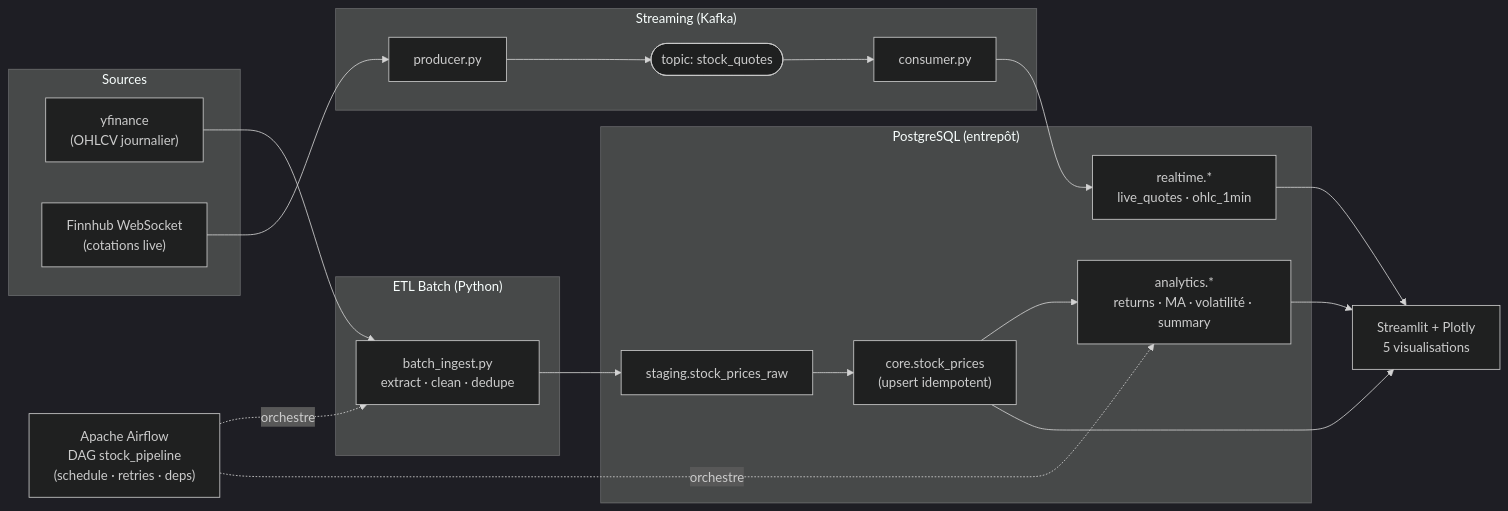
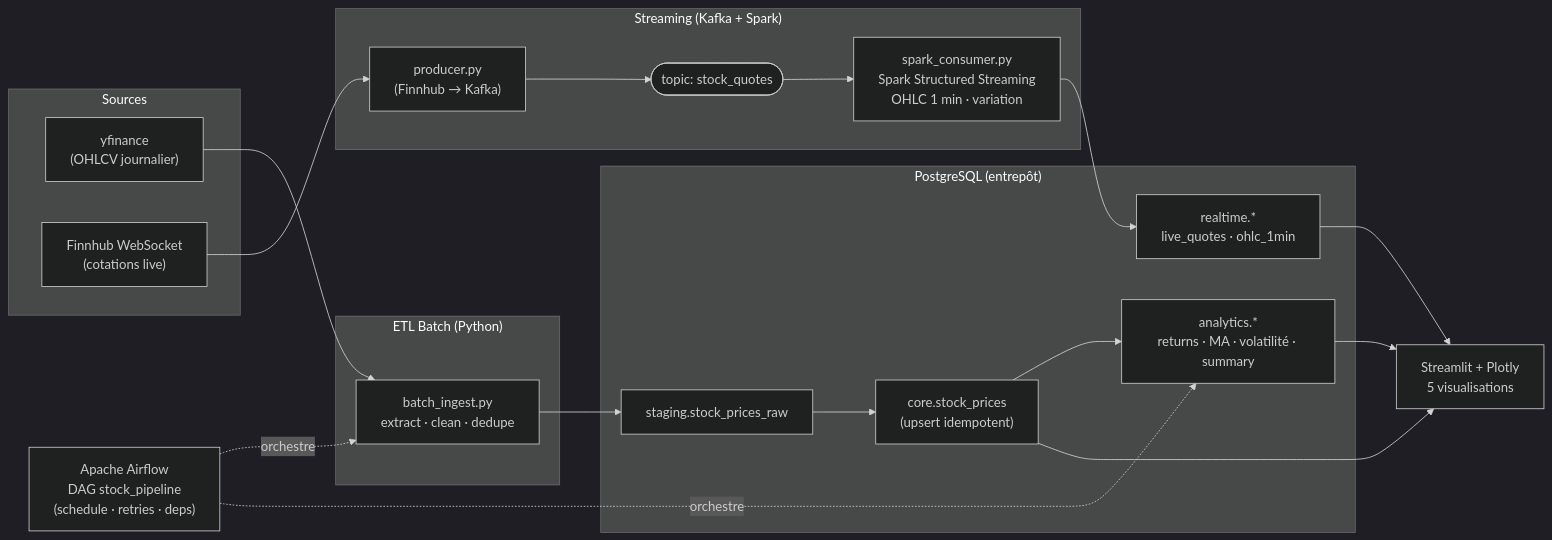
The second of 2 diagrams in architecture.md (Chems08/etl-project), drawn with Mermaid (dark theme) before and after one commit. The commit also changed other lines of this file and 15 other files, not shown here.

````diff
--- a/architecture.md
+++ b/architecture.md
@@ -20,35 +20,35 @@
 ```mermaid
 flowchart LR
     subgraph SRC["Sources"]
         Y["yfinance<br/>(OHLCV journalier)"]
         F["Finnhub WebSocket<br/>(cotations live)"]
     end
 
     subgraph BATCH["ETL Batch (Python)"]
         E["batch_ingest.py<br/>extract · clean · dedupe"]
     end
 
     subgraph PG["PostgreSQL (entrepôt)"]
         ST["staging.stock_prices_raw"]
         CO["core.stock_prices<br/>(upsert idempotent)"]
         AN["analytics.*<br/>returns · MA · volatilité · summary"]
         RT["realtime.*<br/>live_quotes · ohlc_1min"]
     end
 
-    subgraph STREAM["Streaming (Kafka)"]
-        P["producer.py"]
+    subgraph STREAM["Streaming (Kafka + Spark)"]
+        P["producer.py<br/>(Finnhub → Kafka)"]
         K(["topic: stock_quotes"])
-        C["consumer.py"]
+        SP["spark_consumer.py<br/>Spark Structured Streaming<br/>OHLC 1 min · variation"]
     end
 
     AF["Apache Airflow<br/>DAG stock_pipeline<br/>(schedule · retries · deps)"]
     DASH["Streamlit + Plotly<br/>5 visualisations"]
 
     Y --> E --> ST --> CO --> AN
-    F --> P --> K --> C --> RT
+    F --> P --> K --> SP --> RT
     AF -. orchestre .-> E
     AF -. orchestre .-> AN
     AN --> DASH
     CO --> DASH
     RT --> DASH
 ```
````
